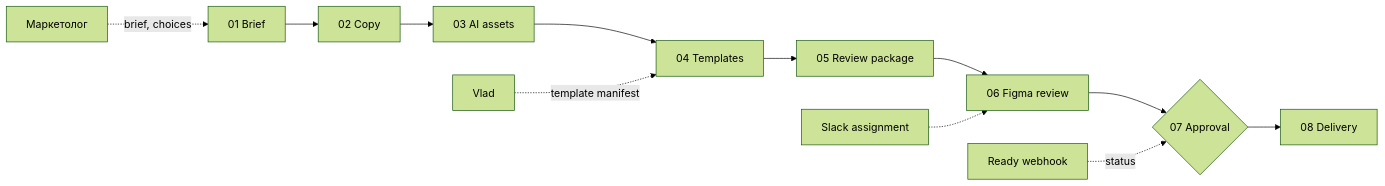
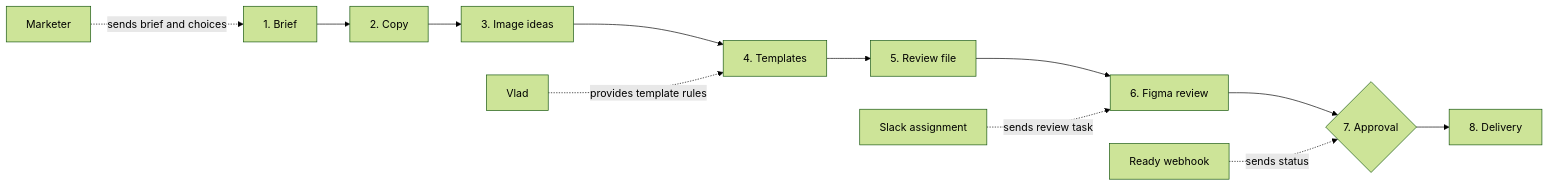
One commit to roman-kovbasyuk/brutalist-design-system changed the diagram in docs-site/workflow.md. Above: the diagram before and after it, drawn with Mermaid (forest theme). The commit also changed other lines of this file and 3 other files, not shown here.

````diff
--- a/docs-site/workflow.md
+++ b/docs-site/workflow.md
@@ -5,14 +7,14 @@
 ```mermaid
 flowchart LR
-  A[01 Brief] --> B[02 Copy]
-  B --> C[03 AI assets]
-  C --> D[04 Templates]
-  D --> E[05 Review package]
-  E --> F[06 Figma review]
-  F --> G{07 Approval}
-  G --> H[08 Delivery]
-  M[Маркетолог] -. brief, choices .-> A
-  V[Vlad] -. template manifest .-> D
-  S[Slack assignment] -.-> F
-  W[Ready webhook] -. status .-> G
+  A[1. Brief] --> B[2. Copy]
+  B --> C[3. Image ideas]
+  C --> D[4. Templates]
+  D --> E[5. Review file]
+  E --> F[6. Figma review]
+  F --> G{7. Approval}
+  G --> H[8. Delivery]
+  M[Marketer] -. sends brief and choices .-> A
+  V[Vlad] -. provides template rules .-> D
+  S[Slack assignment] -. sends review task .-> F
+  W[Ready webhook] -. sends status .-> G
 ```
````
